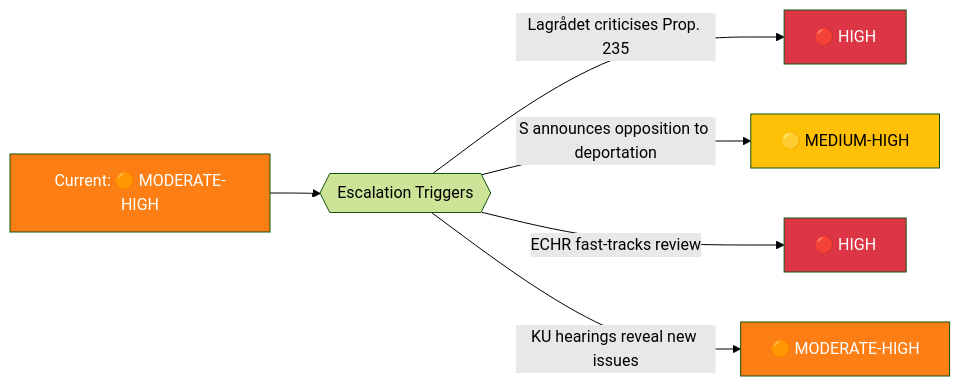
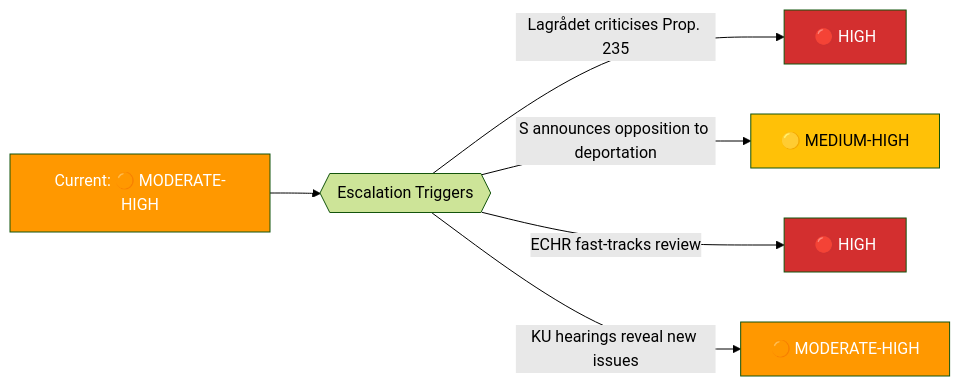
Before and after one commit to Hack23/riksdagsmonitor: the second of 2 diagrams in analysis/daily/2026-04-10/evening-analysis/threat-analysis.md, drawn with Mermaid (forest theme). The commit also changed other lines of this file and 785 other files, not shown here.

First line of the commit message:
Normalize mermaid colors across 786 analysis artifacts to ISMS Style Guide palette

````diff
--- a/analysis/daily/2026-04-10/evening-analysis/threat-analysis.md
+++ b/analysis/daily/2026-04-10/evening-analysis/threat-analysis.md
@@ -74,14 +74,14 @@
 ```mermaid
 graph LR
     A["Current: 🟠 MODERATE-HIGH"] --> B{{"Escalation Triggers"}}
     B -->|"Lagrådet criticises Prop. 235"| C["🔴 HIGH"]
     B -->|"S announces opposition to deportation"| D["🟡 MEDIUM-HIGH"]
     B -->|"ECHR fast-tracks review"| E["🔴 HIGH"]
     B -->|"KU hearings reveal new issues"| F["🟠 MODERATE-HIGH"]
     
-    style A fill:#fd7e14,color:#fff
-    style C fill:#dc3545,color:#fff
-    style D fill:#ffc107,color:#000
-    style E fill:#dc3545,color:#fff
-    style F fill:#fd7e14,color:#fff
+    style A fill:#FF9800,color:#FFFFFF
+    style C fill:#D32F2F,color:#FFFFFF
+    style D fill:#FFC107,color:#000000
+    style E fill:#D32F2F,color:#FFFFFF
+    style F fill:#FF9800,color:#FFFFFF
 ```
````
